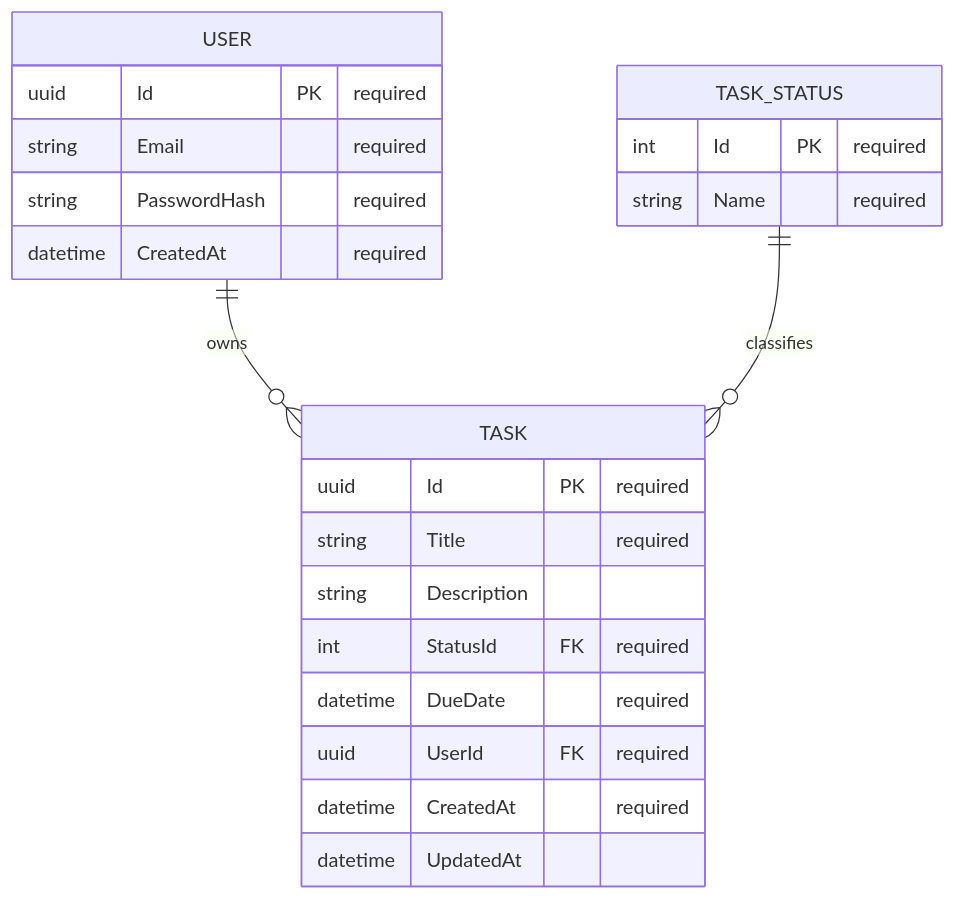
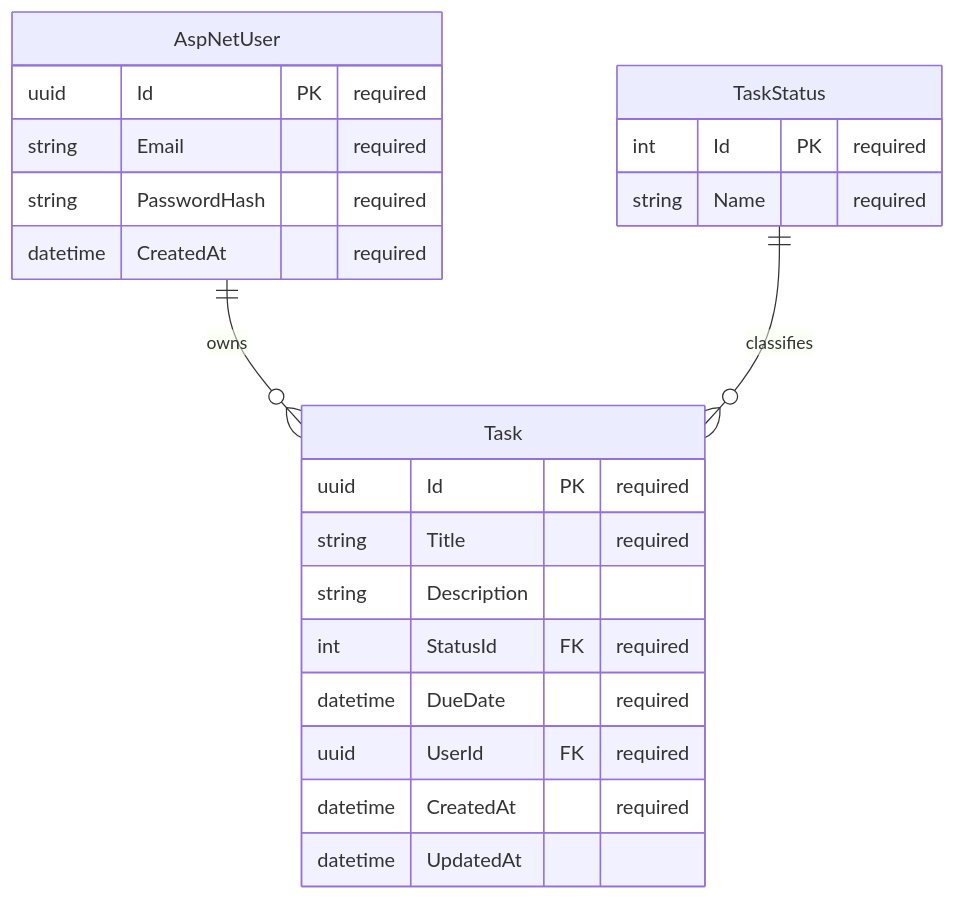
Before and after one commit to esabrina/task-management: the sixth of 7 diagrams in docs/architecture.md, drawn with Mermaid. The commit also changed other lines of this file and 5 other files, not shown here.

````diff
--- a/docs/architecture.md
+++ b/docs/architecture.md
@@ -266,28 +265,28 @@
 ```mermaid
 erDiagram
-    USER ||--o{ TASK : owns
-    TASK_STATUS ||--o{ TASK : classifies
+    AspNetUser ||--o{ Task : owns
+    TaskStatus ||--o{ Task : classifies
 
-    USER {
+    AspNetUser {
         uuid Id PK "required"
         string Email "required"
         string PasswordHash "required"
         datetime CreatedAt "required"
     }
 
-    TASK {
+    Task {
         uuid Id PK "required"
         string Title "required"
         string Description
         int StatusId FK "required"
         datetime DueDate "required"
         uuid UserId FK "required"
         datetime CreatedAt "required"
         datetime UpdatedAt
     }
 
-    TASK_STATUS {
+    TaskStatus {
         int Id PK "required"
         string Name "required"
     }
 ```
````
